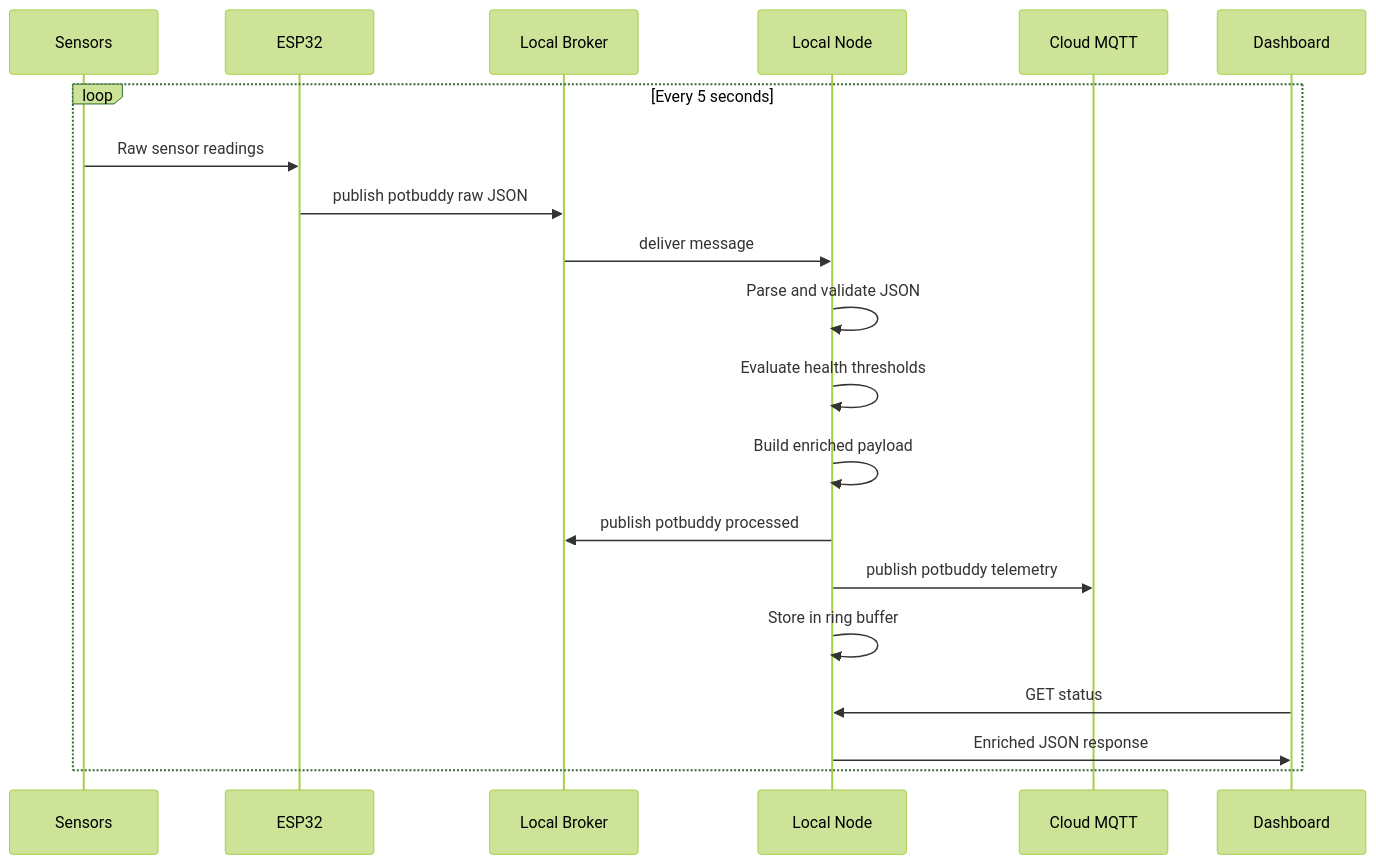
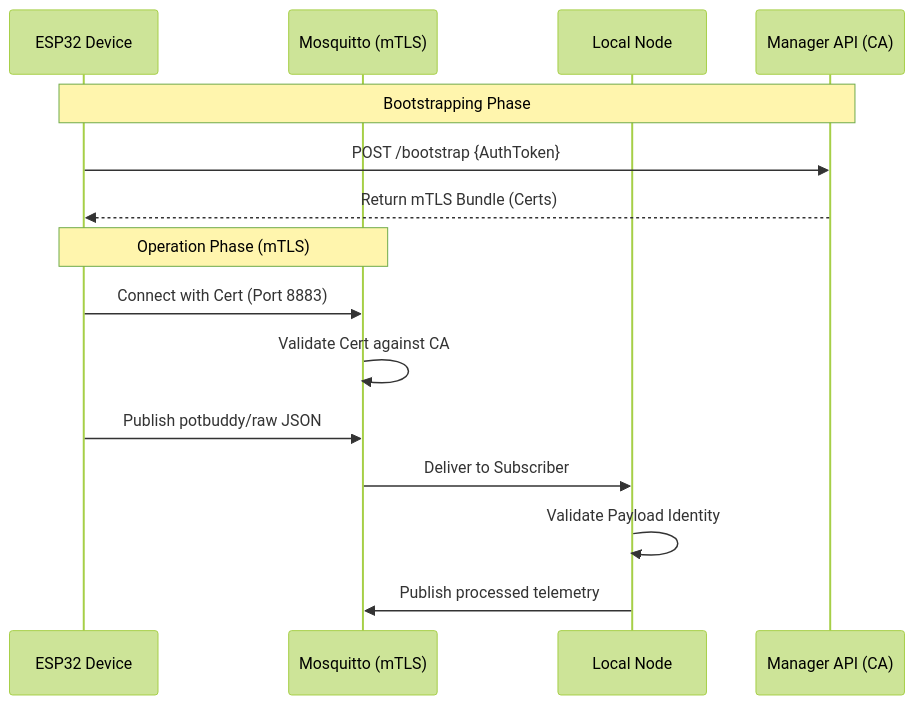
The second of 2 diagrams in Project/readme.md (PEEMAI2004/CPE475), drawn with Mermaid (forest theme) before and after one commit. The commit also changed other lines of this file and 14 other files, not shown here.

Commit message:
feat: implement mTLS infrastructure with CA-based device enrollment and secure MQTT communication

````diff
--- a/Project/readme.md
+++ b/Project/readme.md
@@ -46,23 +47,19 @@
 ```mermaid
 sequenceDiagram
-    participant Sensor as Sensors
-    participant ESP as ESP32
-    participant Broker as Local Broker
+    participant ESP as ESP32 Device
+    participant Broker as Mosquitto (mTLS)
     participant Node as Local Node
-    participant Cloud as Cloud MQTT
-    participant Dash as Dashboard
+    participant Manager as Manager API (CA)
 
-    loop Every 5 seconds
-        Sensor->>ESP: Raw sensor readings
-        ESP->>Broker: publish potbuddy raw JSON
-        Broker->>Node: deliver message
-        Node->>Node: Parse and validate JSON
-        Node->>Node: Evaluate health thresholds
-        Node->>Node: Build enriched payload
-        Node->>Broker: publish potbuddy processed
-        Node->>Cloud: publish potbuddy telemetry
-        Node->>Node: Store in ring buffer
-        Dash->>Node: GET status
-        Node->>Dash: Enriched JSON response
-    end
+    Note over ESP, Manager: Bootstrapping Phase
+    ESP->>Manager: POST /bootstrap {AuthToken}
+    Manager-->>ESP: Return mTLS Bundle (Certs)
+    
+    Note over ESP, Broker: Operation Phase (mTLS)
+    ESP->>Broker: Connect with Cert (Port 8883)
+    Broker->>Broker: Validate Cert against CA
+    ESP->>Broker: Publish potbuddy/raw JSON
+    Broker->>Node: Deliver to Subscriber
+    Node->>Node: Validate Payload Identity
+    Node->>Broker: Publish processed telemetry
 ```
````
